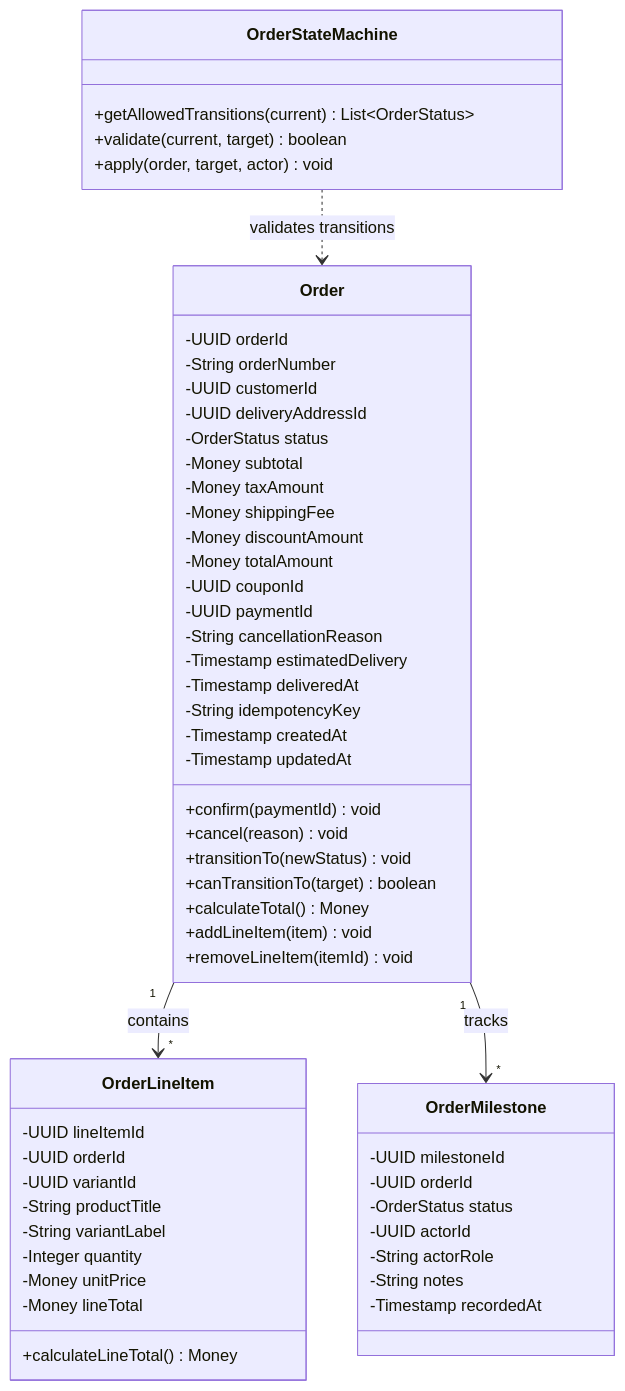
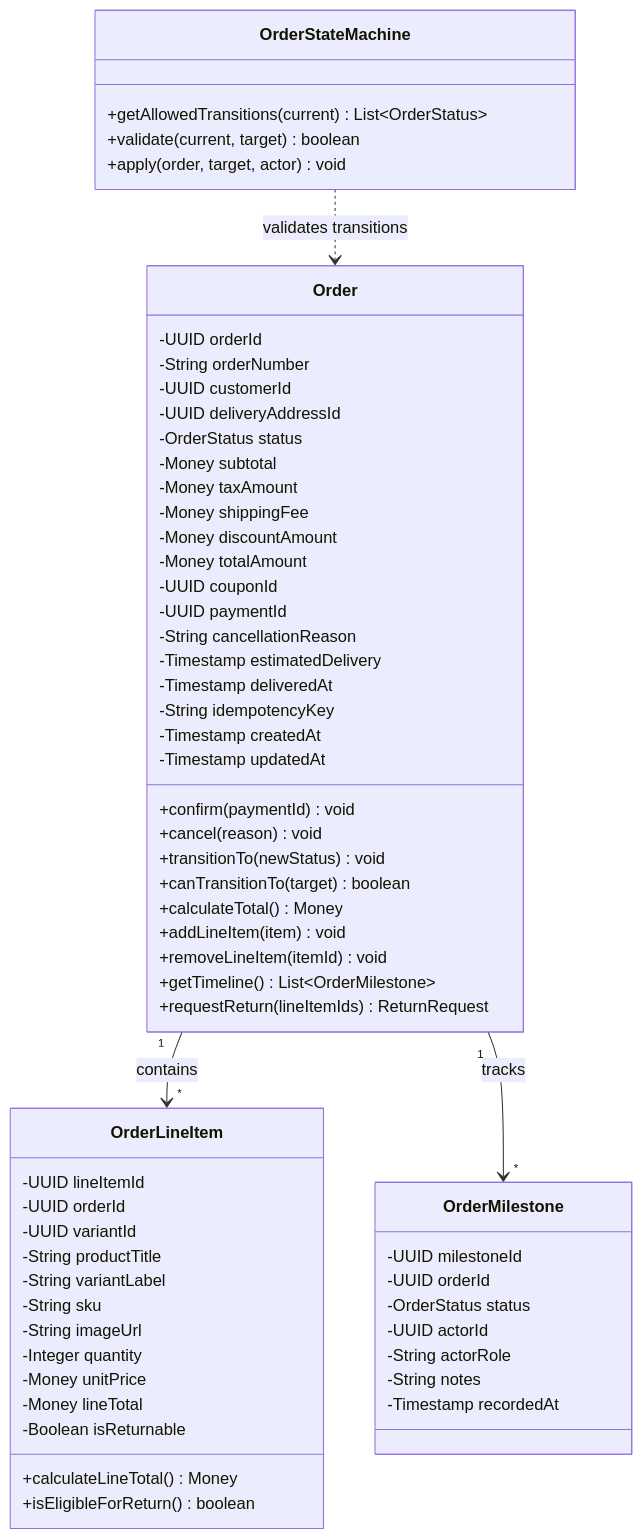
One commit to 0Ankit0/Project-Ideas changed the third of 11 diagrams in Order Management and Delivery System/detailed-design/class-diagram.md. Above: the diagram before and after it, drawn with Mermaid. The commit also changed other lines of this file and 11 other files, not shown here.

````diff
--- a/Order Management and Delivery System/detailed-design/class-diagram.md
+++ b/Order Management and Delivery System/detailed-design/class-diagram.md
@@ -9,62 +146,68 @@
 ```mermaid
 classDiagram
     class Order {
         -UUID orderId
         -String orderNumber
         -UUID customerId
         -UUID deliveryAddressId
         -OrderStatus status
         -Money subtotal
         -Money taxAmount
         -Money shippingFee
         -Money discountAmount
         -Money totalAmount
         -UUID couponId
         -UUID paymentId
         -String cancellationReason
         -Timestamp estimatedDelivery
         -Timestamp deliveredAt
         -String idempotencyKey
         -Timestamp createdAt
         -Timestamp updatedAt
         +confirm(paymentId) void
         +cancel(reason) void
         +transitionTo(newStatus) void
         +canTransitionTo(target) boolean
         +calculateTotal() Money
         +addLineItem(item) void
         +removeLineItem(itemId) void
+        +getTimeline() List~OrderMilestone~
+        +requestReturn(lineItemIds) ReturnRequest
     }
 
     class OrderLineItem {
         -UUID lineItemId
         -UUID orderId
         -UUID variantId
         -String productTitle
         -String variantLabel
+        -String sku
+        -String imageUrl
         -Integer quantity
         -Money unitPrice
         -Money lineTotal
+        -Boolean isReturnable
         +calculateLineTotal() Money
+        +isEligibleForReturn() boolean
     }
 
     class OrderMilestone {
         -UUID milestoneId
         -UUID orderId
         -OrderStatus status
         -UUID actorId
         -String actorRole
         -String notes
         -Timestamp recordedAt
     }
 
     class OrderStateMachine {
         +getAllowedTransitions(current) List~OrderStatus~
         +validate(current, target) boolean
         +apply(order, target, actor) void
     }
 
     Order "1" --> "*" OrderLineItem : contains
     Order "1" --> "*" OrderMilestone : tracks
     OrderStateMachine ..> Order : validates transitions
 ```
````
